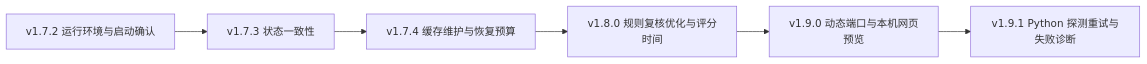
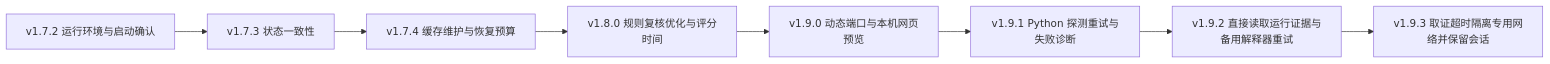
The third of 3 diagrams in README.md (cr20085361/claude-code-protection-tool), drawn with Mermaid before and after one commit. The commit also changed other lines of this file and 12 other files, not shown here.

````diff
--- a/README.md
+++ b/README.md
@@ -117,8 +125,10 @@
 ```mermaid
 flowchart LR
   A["v1.7.2 运行环境与启动确认"] --> B["v1.7.3 状态一致性"]
   B --> C["v1.7.4 缓存维护与恢复预算"]
   C --> D["v1.8.0 规则复核优化与评分时间"]
   D --> E["v1.9.0 动态端口与本机网页预览"]
   E --> F["v1.9.1 Python 探测重试与失败诊断"]
+  F --> G["v1.9.2 直接读取运行证据与备用解释器重试"]
+  G --> H["v1.9.3 取证超时隔离专用网络并保留会话"]
 ```
````
